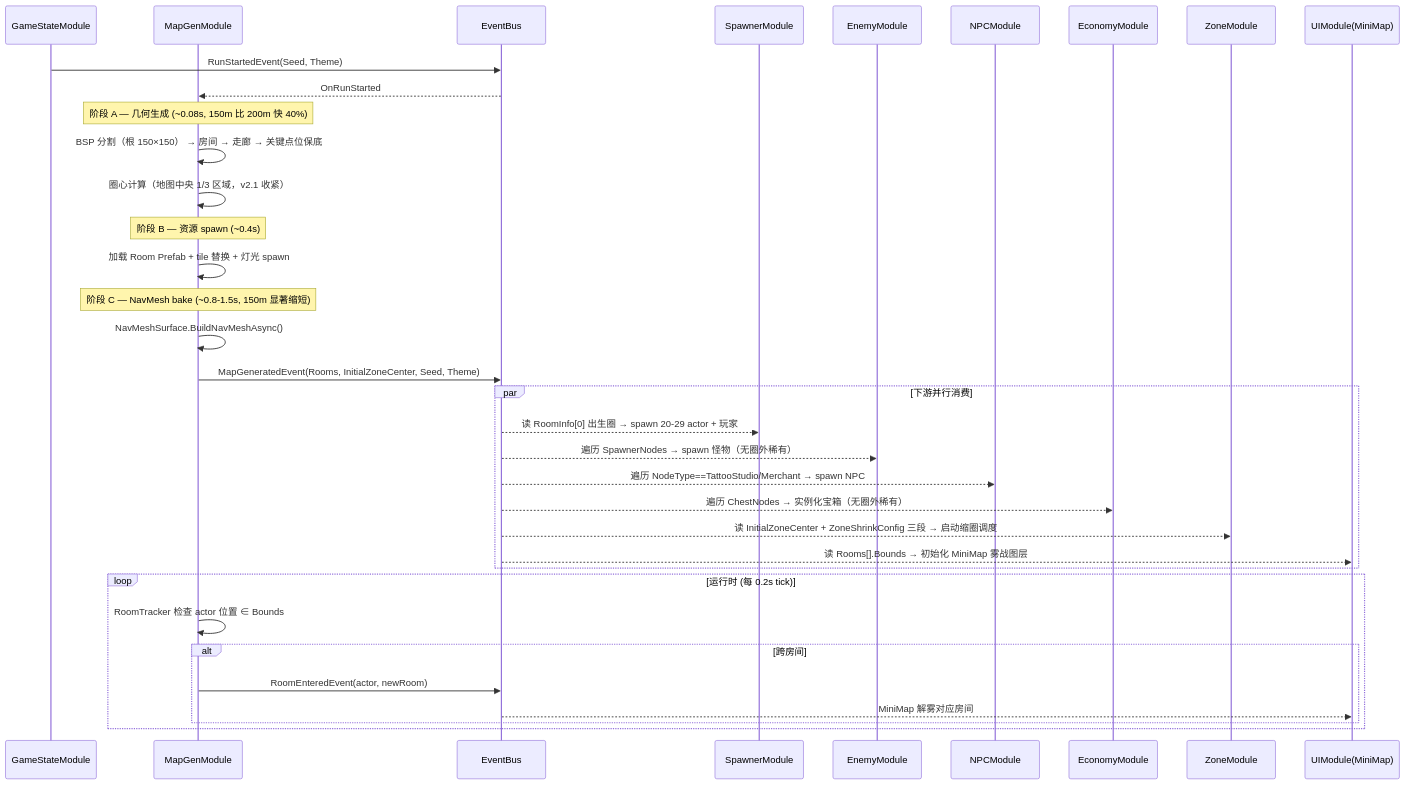
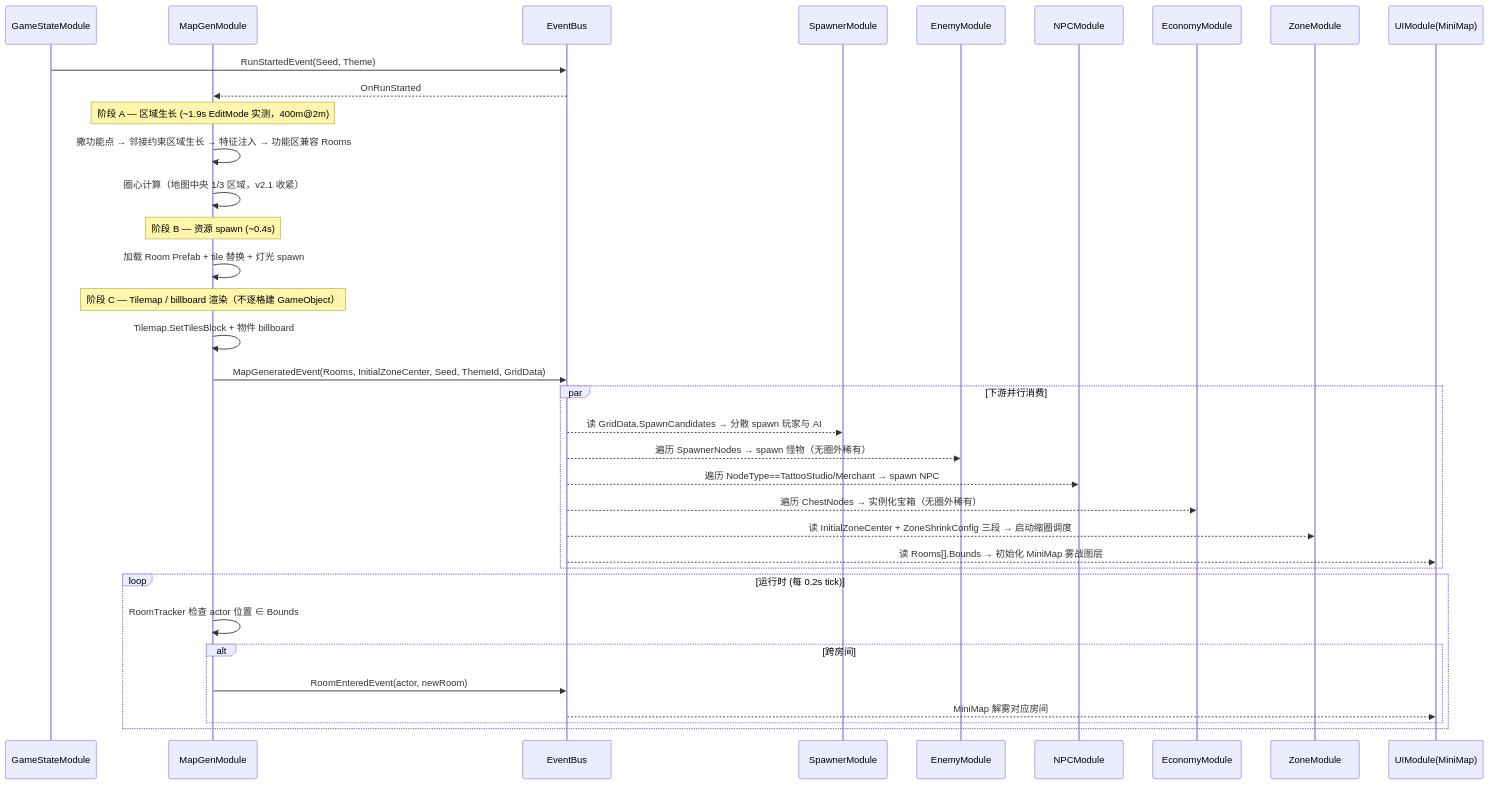
Before and after one commit to TXYzznc/Totem-Warrior: the diagram in 项目知识库（AI自行维护）/GDD-v2/modules/07-MapGenModule.md, drawn with Mermaid. The commit also changed other lines of this file and 207 other files, not shown here.

Commit message:
MapGen区域生长与地图美术实验快照

````diff
--- a/项目知识库（AI自行维护）/GDD-v2/modules/07-MapGenModule.md
+++ b/项目知识库（AI自行维护）/GDD-v2/modules/07-MapGenModule.md
@@ -109,38 +112,38 @@
 ```mermaid
 sequenceDiagram
     participant Run as GameStateModule
     participant Map as MapGenModule
     participant Bus as EventBus
     participant Spawn as SpawnerModule
     participant Enemy as EnemyModule
     participant NPC as NPCModule
     participant Econ as EconomyModule
     participant Zone as ZoneModule
     participant UI as UIModule(MiniMap)
 
     Run->>Bus: RunStartedEvent(Seed, Theme)
     Bus-->>Map: OnRunStarted
-    Note over Map: 阶段 A — 几何生成 (~0.08s, 150m 比 200m 快 40%)
-    Map->>Map: BSP 分割（根 150×150） → 房间 → 走廊 → 关键点位保底
+    Note over Map: 阶段 A — 区域生长 (~1.9s EditMode 实测，400m@2m)
+    Map->>Map: 撒功能点 → 邻接约束区域生长 → 特征注入 → 功能区兼容 Rooms
     Map->>Map: 圈心计算（地图中央 1/3 区域，v2.1 收紧）
     Note over Map: 阶段 B — 资源 spawn (~0.4s)
     Map->>Map: 加载 Room Prefab + tile 替换 + 灯光 spawn
-    Note over Map: 阶段 C — NavMesh bake (~0.8-1.5s, 150m 显著缩短)
-    Map->>Map: NavMeshSurface.BuildNavMeshAsync()
-    Map->>Bus: MapGeneratedEvent(Rooms, InitialZoneCenter, Seed, Theme)
+    Note over Map: 阶段 C — Tilemap / billboard 渲染（不逐格建 GameObject）
+    Map->>Map: Tilemap.SetTilesBlock + 物件 billboard
+    Map->>Bus: MapGeneratedEvent(Rooms, InitialZoneCenter, Seed, ThemeId, GridData)
     par 下游并行消费
-        Bus-->>Spawn: 读 RoomInfo[0] 出生圈 → spawn 20-29 actor + 玩家
+        Bus-->>Spawn: 读 GridData.SpawnCandidates → 分散 spawn 玩家与 AI
         Bus-->>Enemy: 遍历 SpawnerNodes → spawn 怪物（无圈外稀有）
         Bus-->>NPC: 遍历 NodeType==TattooStudio/Merchant → spawn NPC
         Bus-->>Econ: 遍历 ChestNodes → 实例化宝箱（无圈外稀有）
         Bus-->>Zone: 读 InitialZoneCenter + ZoneShrinkConfig 三段 → 启动缩圈调度
         Bus-->>UI: 读 Rooms[].Bounds → 初始化 MiniMap 雾战图层
     end
     loop 运行时 (每 0.2s tick)
         Map->>Map: RoomTracker 检查 actor 位置 ∈ Bounds
         alt 跨房间
             Map->>Bus: RoomEnteredEvent(actor, newRoom)
             Bus-->>UI: MiniMap 解雾对应房间
         end
     end
 ```
````
